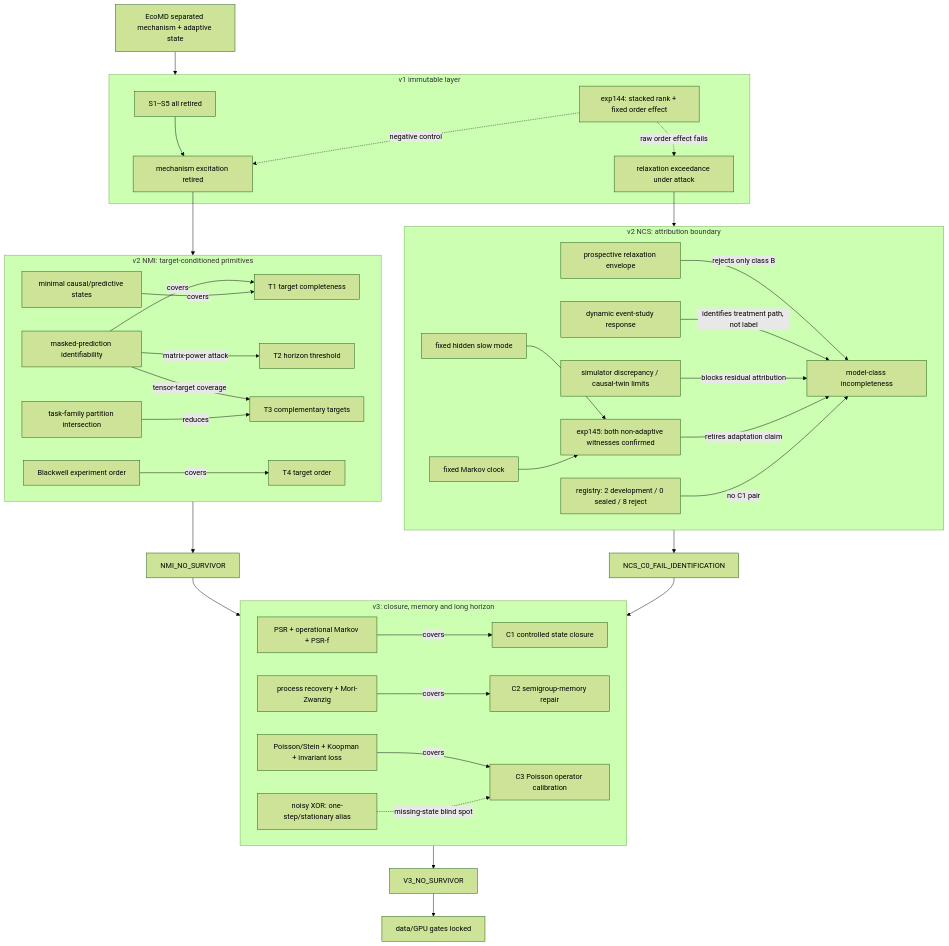
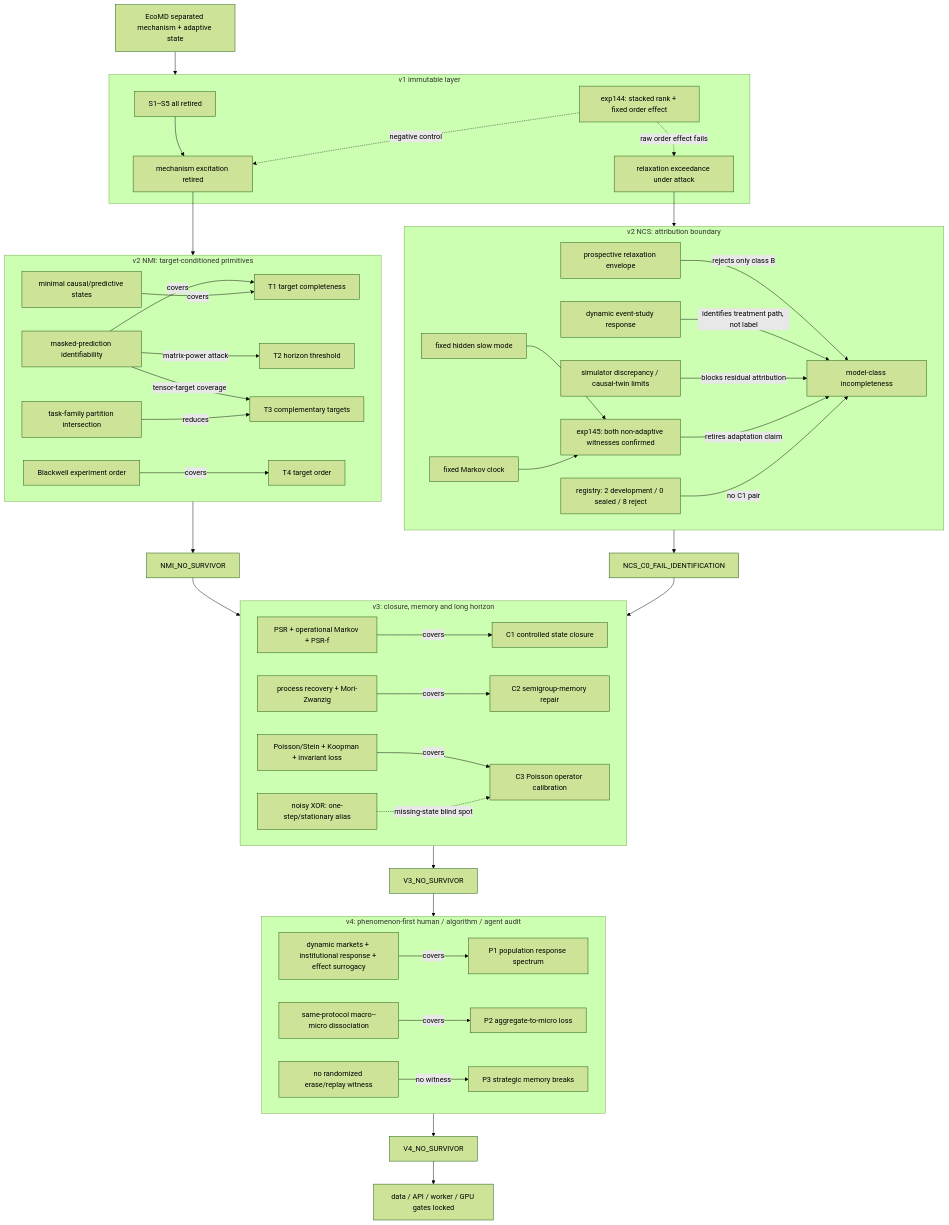
The diagram in research/theory_exploration/knowledge_graph.md (howardwang1997/ecophys), drawn with Mermaid (forest theme) before and after one commit. The commit also changed other lines of this file and 11 other files, not shown here.

Commit message:
Close v4 phenomenon-first exploration

````diff
--- a/research/theory_exploration/knowledge_graph.md
+++ b/research/theory_exploration/knowledge_graph.md
@@ -80,5 +80,20 @@
     DNMI --> V3
     DNCS --> V3
     V3 --> DV3["V3_NO_SURVIVOR"]
-    DV3 --> LOCK["data/GPU gates locked"]
+
+    subgraph V4["v4: phenomenon-first human / algorithm / agent audit"]
+        P1["P1 population response spectrum"]
+        P2["P2 aggregate-to-micro loss"]
+        P3["P3 strategic memory breaks"]
+        POP["dynamic markets + institutional response + effect surrogacy"]
+        MICRO["same-protocol macro--micro dissociation"]
+        RESET["no randomized erase/replay witness"]
+        POP -->|covers| P1
+        MICRO -->|covers| P2
+        RESET -->|no witness| P3
+    end
+
+    DV3 --> V4
+    V4 --> DV4["V4_NO_SURVIVOR"]
+    DV4 --> LOCK["data / API / worker / GPU gates locked"]
 ```
````
